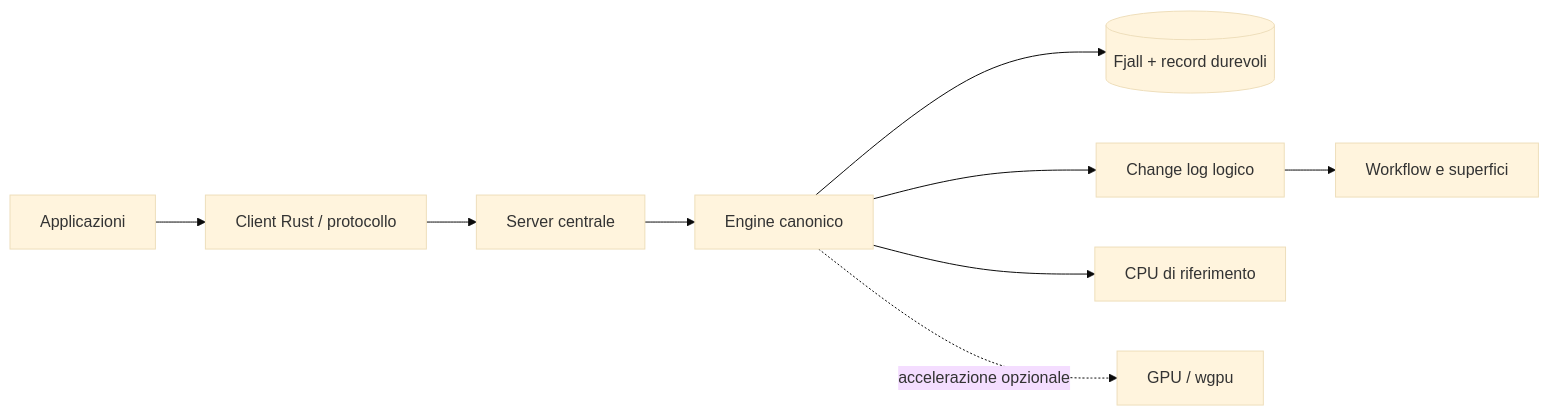
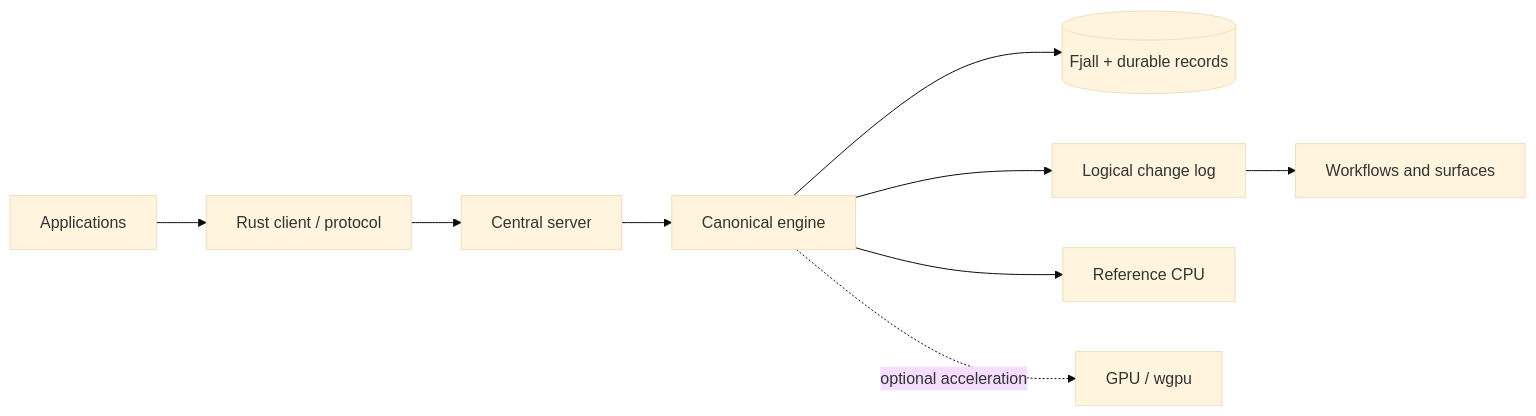
One commit to provenzali/aprodb changed the first of 2 diagrams in README.md. Above: the diagram before and after it, drawn with Mermaid (base theme). The commit also changed other lines of this file and 83 other files, not shown here.

````diff
--- a/README.md
+++ b/README.md
@@ -23,11 +23,11 @@
 ```mermaid
 flowchart LR
-    App[Applicazioni] --> Client[Client Rust / protocollo]
-    Client --> Server[Server centrale]
-    Server --> Engine[Engine canonico]
-    Engine --> Storage[(Fjall + record durevoli)]
-    Engine --> Changes[Change log logico]
-    Changes --> Workflow[Workflow e superfici]
-    Engine --> CPU[CPU di riferimento]
-    Engine -. accelerazione opzionale .-> GPU[GPU / wgpu]
+    App[Applications] --> Client[Rust client / protocol]
+    Client --> Server[Central server]
+    Server --> Engine[Canonical engine]
+    Engine --> Storage[(Fjall + durable records)]
+    Engine --> Changes[Logical change log]
+    Changes --> Workflow[Workflows and surfaces]
+    Engine --> CPU[Reference CPU]
+    Engine -. optional acceleration .-> GPU[GPU / wgpu]
 ```
````
